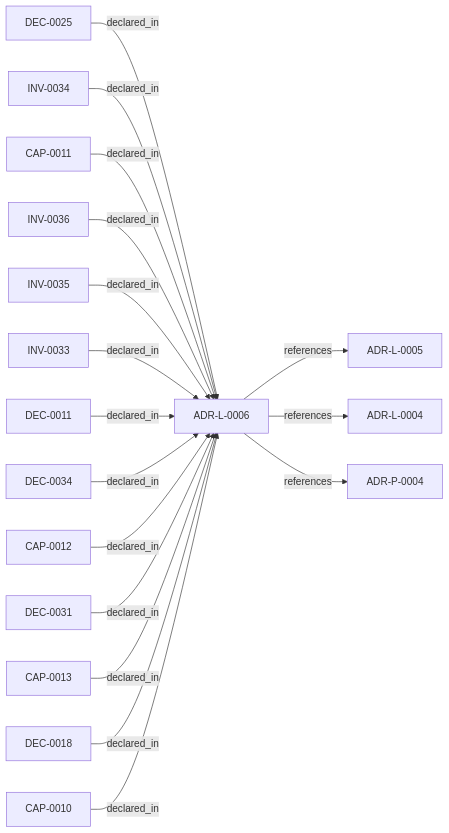
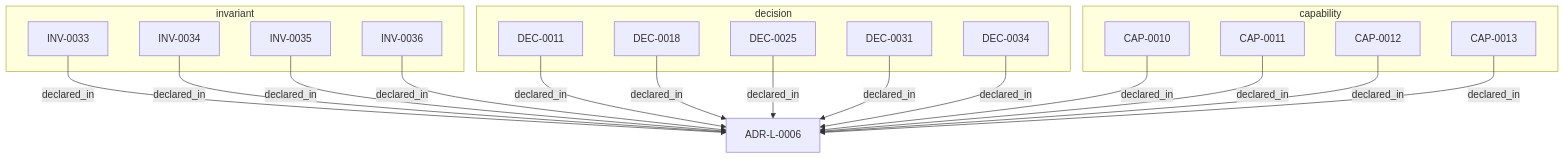
Before and after one commit to egallmann/adr-architecture-kit: the diagram in adrs/adr-projection/logical/ADR-L-0006-rule-library-sub-module-with-cooperative-signals.md, drawn with Mermaid. The commit also changed other lines of this file and 177 other files, not shown here.

````diff
--- a/adrs/adr-projection/logical/ADR-L-0006-rule-library-sub-module-with-cooperative-signals.md
+++ b/adrs/adr-projection/logical/ADR-L-0006-rule-library-sub-module-with-cooperative-signals.md
@@ -62,36 +85,36 @@
 ```mermaid
-flowchart LR
-  n_019fee89_e615_70ab_bf3d_3a9879ef1fa3["DEC-0025"]
-  n_019fee89_e615_70fd_9622_a4e35697ad39["INV-0034"]
-  n_019fee89_e615_7199_be3b_64c7a82f3c4c["CAP-0011"]
-  n_019fee89_e615_71bc_a727_e0403c74783d["INV-0036"]
-  n_019fee89_e615_73a3_8d31_7a4721affae9["ADR-L-0005"]
-  n_019fee89_e615_7577_8d37_dd0df031bec9["ADR-L-0004"]
-  n_019fee89_e615_7602_8d3e_153b2a57947d["INV-0035"]
-  n_019fee89_e615_7688_953b_19e6aae687a4["INV-0033"]
-  n_019fee89_e615_775e_8b3b_87bd8305b453["DEC-0011"]
-  n_019fee89_e615_7762_a91e_f7d5d71acc18["DEC-0034"]
-  n_019fee89_e615_77b5_b73c_7db427c64a68["CAP-0012"]
+flowchart TB
   n_019fee89_e615_7b66_b73a_3b99f7d92d4d["ADR-L-0006"]
-  n_019fee89_e615_7cbc_b53e_42784e9f3081["DEC-0031"]
-  n_019fee89_e615_7ce1_aa20_4b16a485eb1a["CAP-0013"]
-  n_019fee89_e615_7e63_a71d_04283e66cb51["DEC-0018"]
-  n_019fee89_e615_7fef_a81d_ffbcc5c11de8["CAP-0010"]
-  n_019fee89_e618_703b_a136_3cb5c991e3c4["ADR-P-0004"]
+  subgraph sg_capability["capability"]
+    n_019fee89_e615_7fef_a81d_ffbcc5c11de8["CAP-0010"]
+    n_019fee89_e615_7199_be3b_64c7a82f3c4c["CAP-0011"]
+    n_019fee89_e615_77b5_b73c_7db427c64a68["CAP-0012"]
+    n_019fee89_e615_7ce1_aa20_4b16a485eb1a["CAP-0013"]
+  end
+  subgraph sg_decision["decision"]
+    n_019fee89_e615_775e_8b3b_87bd8305b453["DEC-0011"]
+    n_019fee89_e615_7e63_a71d_04283e66cb51["DEC-0018"]
+    n_019fee89_e615_70ab_bf3d_3a9879ef1fa3["DEC-0025"]
+    n_019fee89_e615_7cbc_b53e_42784e9f3081["DEC-0031"]
+    n_019fee89_e615_7762_a91e_f7d5d71acc18["DEC-0034"]
+  end
+  subgraph sg_invariant["invariant"]
+    n_019fee89_e615_7688_953b_19e6aae687a4["INV-0033"]
+    n_019fee89_e615_70fd_9622_a4e35697ad39["INV-0034"]
+    n_019fee89_e615_7602_8d3e_153b2a57947d["INV-0035"]
+    n_019fee89_e615_71bc_a727_e0403c74783d["INV-0036"]
+  end
   n_019fee89_e615_70ab_bf3d_3a9879ef1fa3 -->|"declared_in"| n_019fee89_e615_7b66_b73a_3b99f7d92d4d
   n_019fee89_e615_70fd_9622_a4e35697ad39 -->|"declared_in"| n_019fee89_e615_7b66_b73a_3b99f7d92d4d
   n_019fee89_e615_7199_be3b_64c7a82f3c4c -->|"declared_in"| n_019fee89_e615_7b66_b73a_3b99f7d92d4d
   n_019fee89_e615_71bc_a727_e0403c74783d -->|"declared_in"| n_019fee89_e615_7b66_b73a_3b99f7d92d4d
   n_019fee89_e615_7602_8d3e_153b2a57947d -->|"declared_in"| n_019fee89_e615_7b66_b73a_3b99f7d92d4d
   n_019fee89_e615_7688_953b_19e6aae687a4 -->|"declared_in"| n_019fee89_e615_7b66_b73a_3b99f7d92d4d
   n_019fee89_e615_775e_8b3b_87bd8305b453 -->|"declared_in"| n_019fee89_e615_7b66_b73a_3b99f7d92d4d
   n_019fee89_e615_7762_a91e_f7d5d71acc18 -->|"declared_in"| n_019fee89_e615_7b66_b73a_3b99f7d92d4d
   n_019fee89_e615_77b5_b73c_7db427c64a68 -->|"declared_in"| n_019fee89_e615_7b66_b73a_3b99f7d92d4d
   n_019fee89_e615_7cbc_b53e_42784e9f3081 -->|"declared_in"| n_019fee89_e615_7b66_b73a_3b99f7d92d4d
   n_019fee89_e615_7ce1_aa20_4b16a485eb1a -->|"declared_in"| n_019fee89_e615_7b66_b73a_3b99f7d92d4d
   n_019fee89_e615_7e63_a71d_04283e66cb51 -->|"declared_in"| n_019fee89_e615_7b66_b73a_3b99f7d92d4d
   n_019fee89_e615_7fef_a81d_ffbcc5c11de8 -->|"declared_in"| n_019fee89_e615_7b66_b73a_3b99f7d92d4d
-  n_019fee89_e615_7b66_b73a_3b99f7d92d4d -->|"references"| n_019fee89_e615_73a3_8d31_7a4721affae9
-  n_019fee89_e615_7b66_b73a_3b99f7d92d4d -->|"references"| n_019fee89_e615_7577_8d37_dd0df031bec9
-  n_019fee89_e615_7b66_b73a_3b99f7d92d4d -->|"references"| n_019fee89_e618_703b_a136_3cb5c991e3c4
 ```
````
